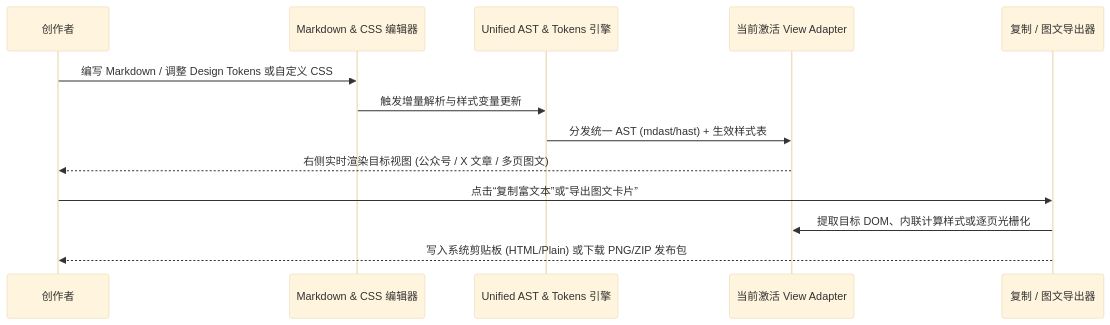
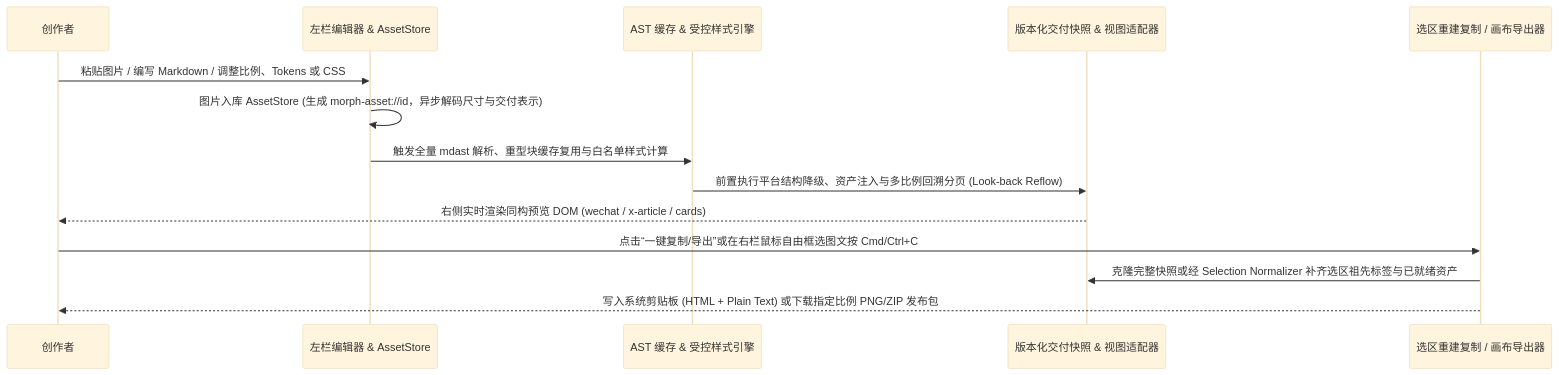
Before and after one commit to nanzhi84/MorphMD: the second of 2 diagrams in docs/architecture/overview.md, drawn with Mermaid (base theme). The commit also changed other lines of this file and 5 other files, not shown here.

Commit message:
docs(architecture): supersede ADR-0001 with ADR-0002 for isomorphic snapshot, multi-ratio cards, and asset pipeline

````diff
--- a/docs/architecture/overview.md
+++ b/docs/architecture/overview.md
@@ -31,16 +36,17 @@
 ```mermaid
 sequenceDiagram
     participant User as 创作者
-    participant Editor as Markdown & CSS 编辑器
-    participant Core as Unified AST & Tokens 引擎
-    participant Adapter as 当前激活 View Adapter
-    participant Exporter as 复制 / 图文导出器
+    participant Editor as 左栏编辑器 & AssetStore
+    participant Core as AST 缓存 & 受控样式引擎
+    participant Snapshot as 版本化交付快照 & 视图适配器
+    participant Exporter as 选区重建复制 / 画布导出器
 
-    User->>Editor: 编写 Markdown / 调整 Design Tokens 或自定义 CSS
-    Editor->>Core: 触发增量解析与样式变量更新
-    Core->>Adapter: 分发统一 AST (mdast/hast) + 生效样式表
-    Adapter-->>User: 右侧实时渲染目标视图 (公众号 / X 文章 / 多页图文)
-    User->>Exporter: 点击“复制富文本”或“导出图文卡片”
-    Exporter->>Adapter: 提取目标 DOM、内联计算样式或逐页光栅化
-    Exporter-->>User: 写入系统剪贴板 (HTML/Plain) 或下载 PNG/ZIP 发布包
+    User->>Editor: 粘贴图片 / 编写 Markdown / 调整比例、Tokens 或 CSS
+    Editor->>Editor: 图片入库 AssetStore (生成 morph-asset://id，异步解码尺寸与交付表示)
+    Editor->>Core: 触发全量 mdast 解析、重型块缓存复用与白名单样式计算
+    Core->>Snapshot: 前置执行平台结构降级、资产注入与多比例回溯分页 (Look-back Reflow)
+    Snapshot-->>User: 右侧实时渲染同构预览 DOM (wechat / x-article / cards)
+    User->>Exporter: 点击“一键复制/导出”或在右栏鼠标自由框选图文按 Cmd/Ctrl+C
+    Exporter->>Snapshot: 克隆完整快照或经 Selection Normalizer 补齐选区祖先标签与已就绪资产
+    Exporter-->>User: 写入系统剪贴板 (HTML + Plain Text) 或下载指定比例 PNG/ZIP 发布包
 ```
````
